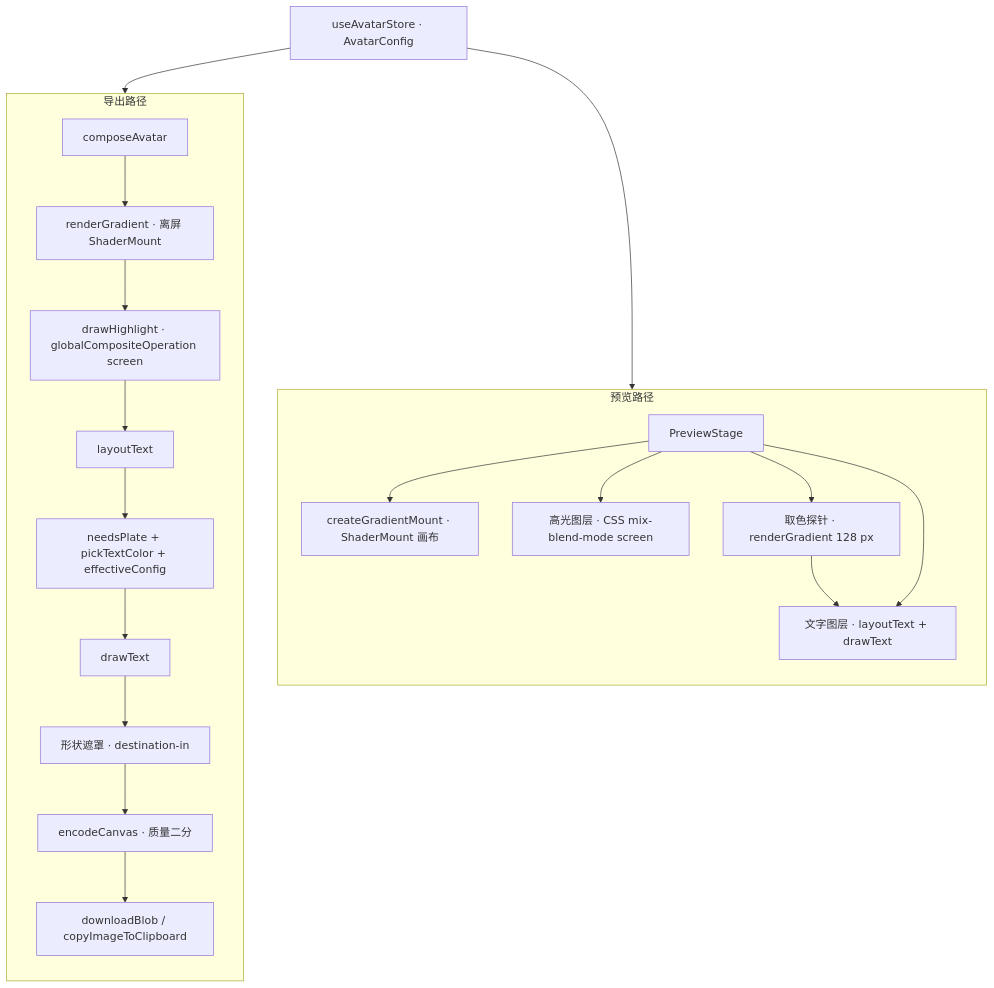
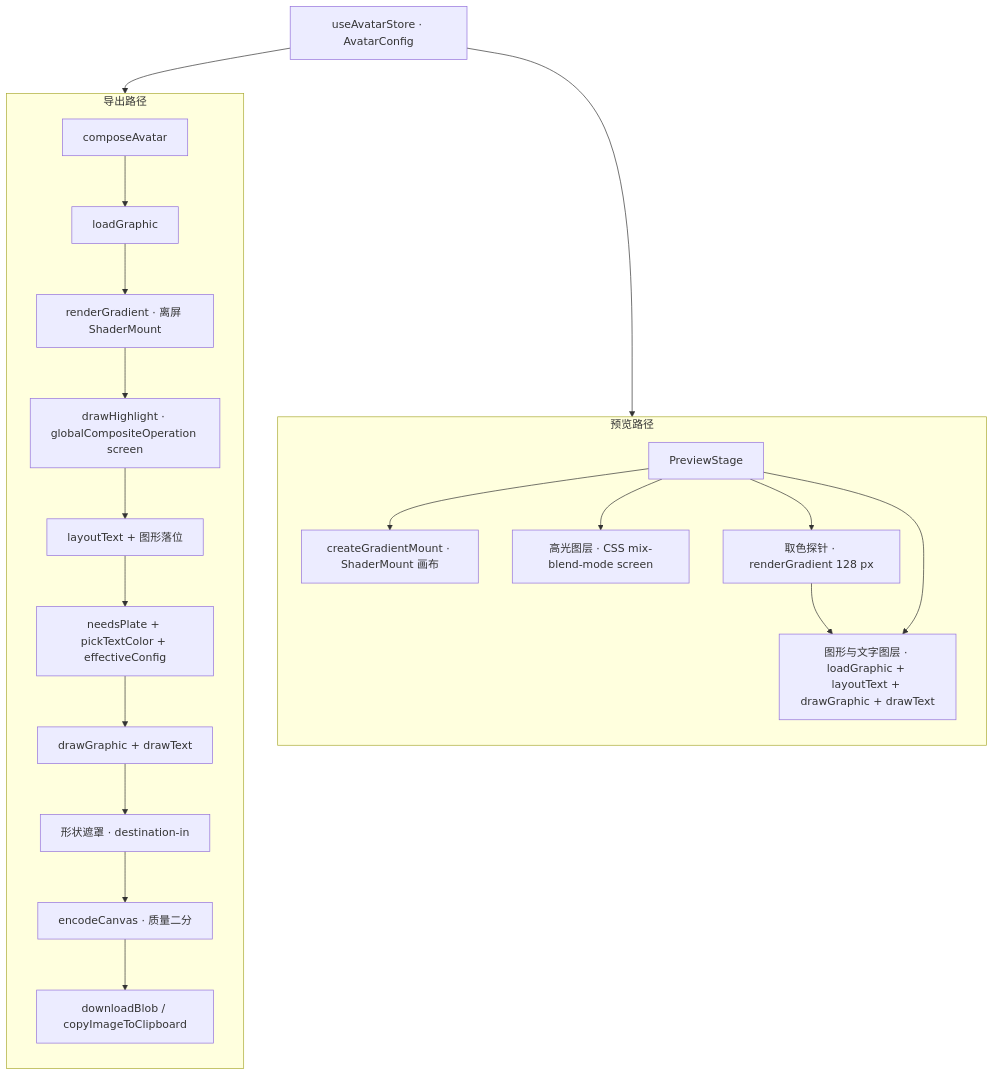
The diagram in docs/architecture.md (sinnohzeng/jianbiantouxiang), drawn with Mermaid before and after one commit. The commit also changed other lines of this file and 61 other files, not shown here.

Commit message:
feat(graphics): implement v3.2 icon badge

````diff
--- a/docs/architecture.md
+++ b/docs/architecture.md
@@ -65,35 +68,36 @@
 ```mermaid
 flowchart TD
   store["useAvatarStore · AvatarConfig"]
 
   subgraph previewPath["预览路径"]
     direction TB
     stage["PreviewStage"]
     mount["createGradientMount · ShaderMount 画布"]
     hl["高光图层 · CSS mix-blend-mode screen"]
-    txt["文字图层 · layoutText + drawText"]
+    txt["图形与文字图层 · loadGraphic + layoutText + drawGraphic + drawText"]
     ink["取色探针 · renderGradient 128 px"]
     stage --> mount
     stage --> hl
     stage --> ink
     ink --> txt
     stage --> txt
   end
 
   subgraph exportPath["导出路径"]
     direction TB
     compose["composeAvatar"]
     grad["renderGradient · 离屏 ShaderMount"]
     high["drawHighlight · globalCompositeOperation screen"]
-    layout["layoutText"]
+    loadg["loadGraphic"]
+    layout["layoutText + 图形落位"]
     pick["needsPlate + pickTextColor + effectiveConfig"]
-    draw["drawText"]
+    draw["drawGraphic + drawText"]
     mask["形状遮罩 · destination-in"]
     enc["encodeCanvas · 质量二分"]
     out["downloadBlob / copyImageToClipboard"]
-    compose --> grad --> high --> layout --> pick --> draw --> mask --> enc --> out
+    compose --> loadg --> grad --> high --> layout --> pick --> draw --> mask --> enc --> out
   end
 
   store --> stage
   store --> compose
 ```
````
